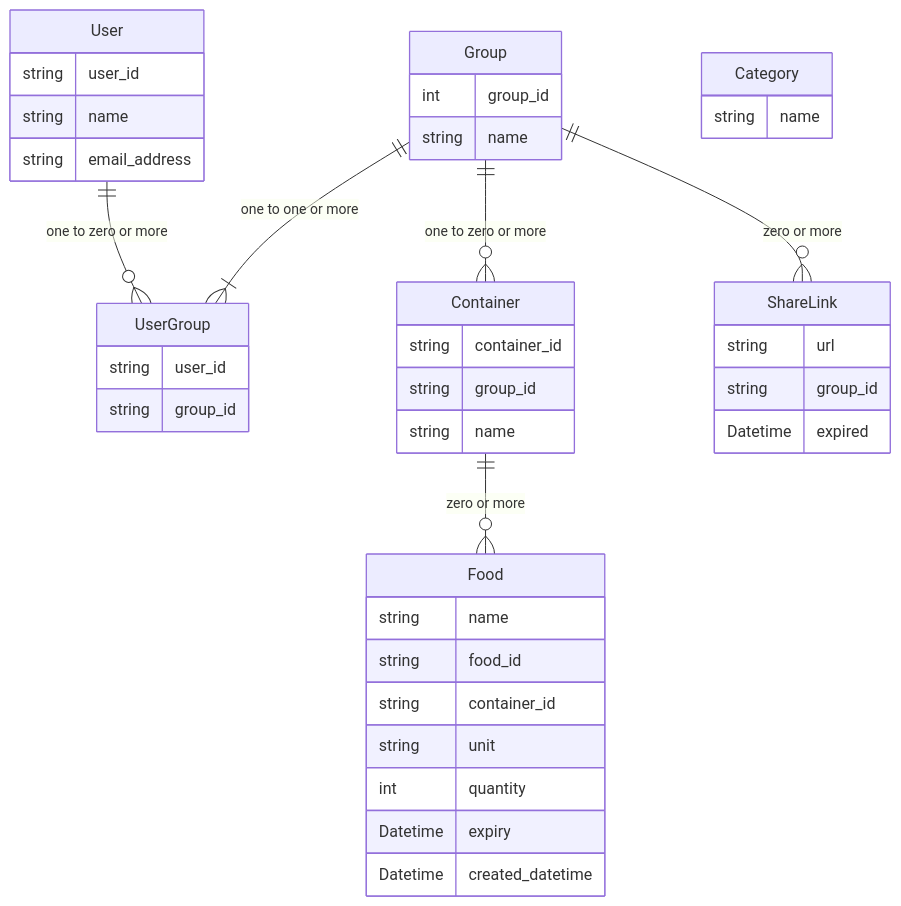
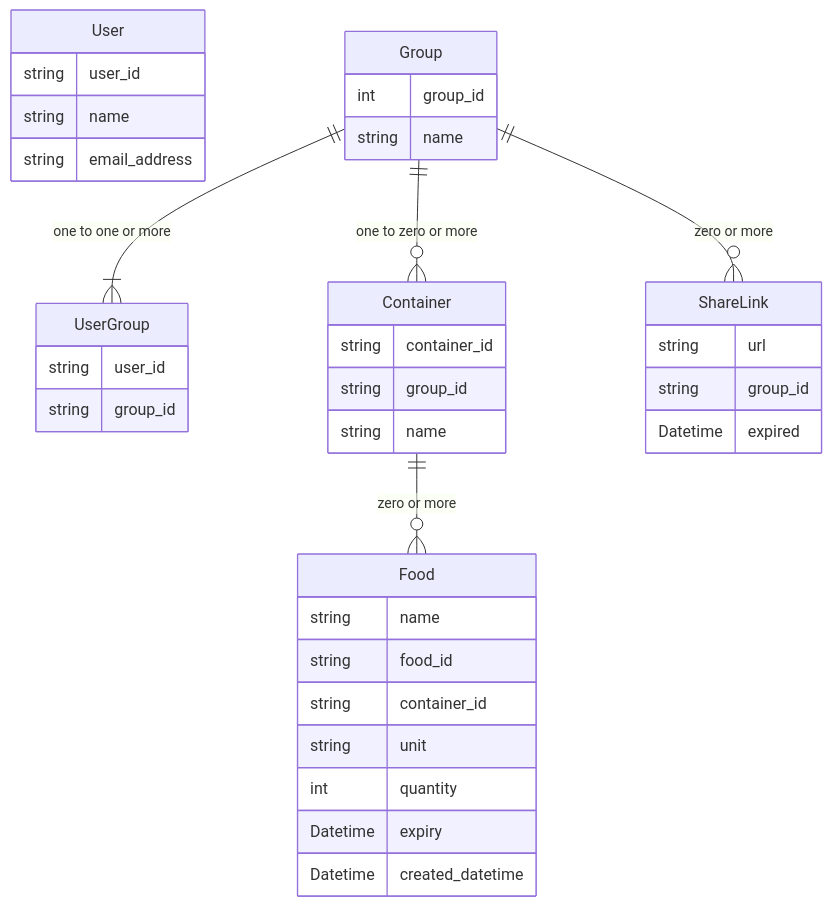
Before and after one commit to nishiki-tech/nishiki-documents: the diagram in project-document/docs/database/er-diagram.md, drawn with Mermaid. The commit also changed 1 other file, not shown here.

Commit message:
feature: discarded the category

````diff
--- a/project-document/docs/database/er-diagram.md
+++ b/project-document/docs/database/er-diagram.md
@@ -3,53 +3,48 @@
 ```mermaid
 erDiagram
 
 User {
     string user_id
     string name
     string email_address
 }
 
 UserGroup {
     string user_id
     string group_id
 }
 
 Group {
     int group_id
     string name
 }
 
 Container {
     string container_id
     string group_id
     string name
 }
 
 Food {
     string name
     string food_id
     string container_id
     string unit
     int quantity
     Datetime expiry
     Datetime created_datetime
 }
 
 ShareLink {
     string url
     string group_id
     Datetime expired
 }
 
-Category {
-    string name
-}
-
-User ||--o{ UserGroup : "one to zero or more"
 Group ||--|{ UserGroup : "one to one or more"
 Group ||--o{ Container : "one to zero or more"
 Container ||--o{ Food : "zero or more"
 Group ||--o{ ShareLink : "zero or more"
 
 
 ```
````
